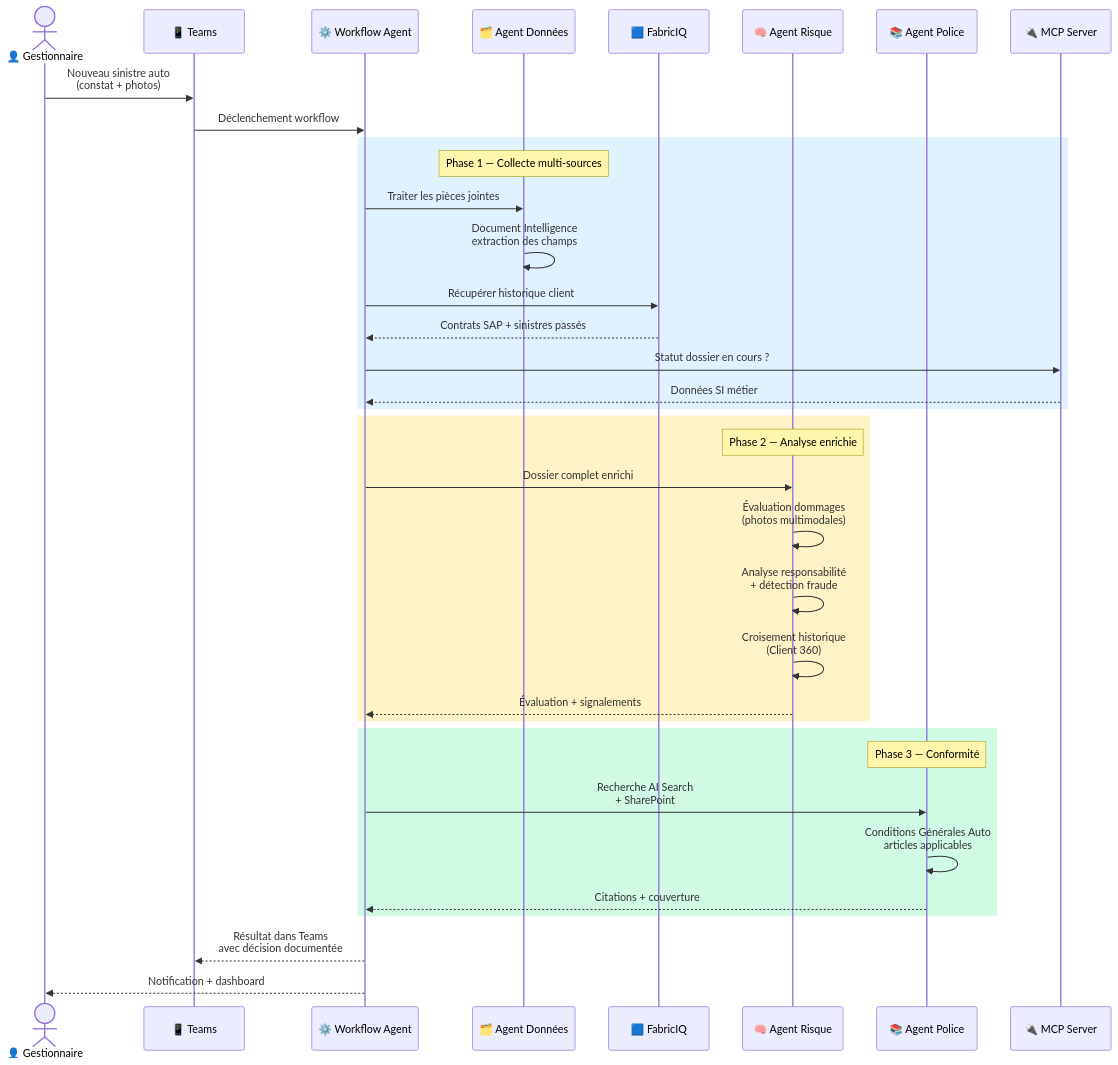
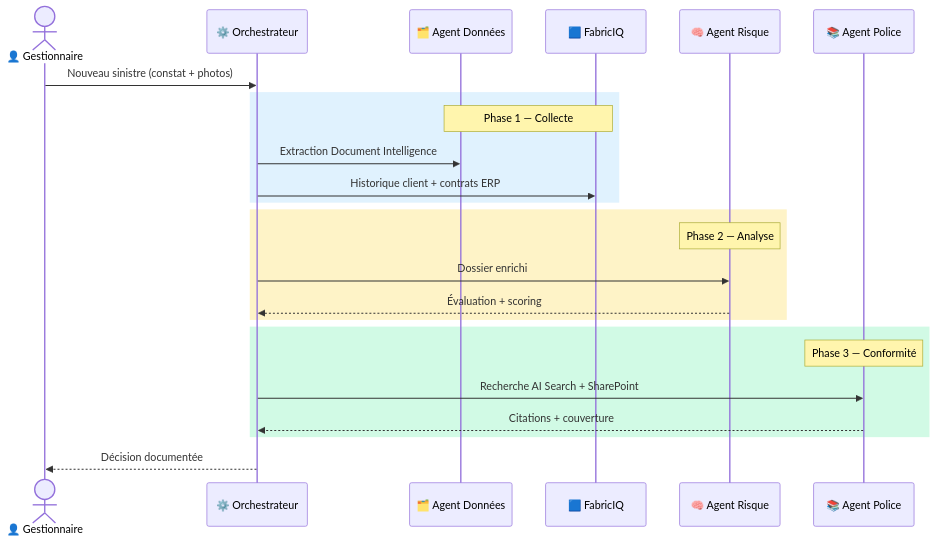
The eighth of 20 diagrams in docs/ARCHITECTURE-AGENTIC-V2-TARGET.md (olivMertens/WorkbenchIQ), drawn with Mermaid before and after one commit. The commit also changed other lines of this file and 6 other files, not shown here.

First line of the commit message:
Architecture docs: hybrid strategy, HITL, FAQ data locality, pipeline detail, PDF generator

````diff
--- a/docs/ARCHITECTURE-AGENTIC-V2-TARGET.md
+++ b/docs/ARCHITECTURE-AGENTIC-V2-TARGET.md
@@ -473,43 +324,27 @@
 ```mermaid
 sequenceDiagram
     actor G as 👤 Gestionnaire
-    participant TEAMS as 📱 Teams
-    participant ORCH as ⚙️ Workflow Agent
+    participant ORCH as ⚙️ Orchestrateur
     participant DA as 🗂️ Agent Données
     participant FIQ as 🟦 FabricIQ
     participant AR as 🧠 Agent Risque
     participant AP as 📚 Agent Police
-    participant MCP as 🔌 MCP Server
 
-    G->>TEAMS: Nouveau sinistre auto<br/>(constat + photos)
-    TEAMS->>ORCH: Déclenchement workflow
-
+    G->>ORCH: Nouveau sinistre (constat + photos)
     rect rgb(224, 242, 254)
-        Note over DA: Phase 1 — Collecte multi-sources
-        ORCH->>DA: Traiter les pièces jointes
-        DA->>DA: Document Intelligence<br/>extraction des champs
-        ORCH->>FIQ: Récupérer historique client
-        FIQ-->>ORCH: Contrats SAP + sinistres passés
-        ORCH->>MCP: Statut dossier en cours ?
-        MCP-->>ORCH: Données SI métier
+        Note over DA,FIQ: Phase 1 — Collecte
+        ORCH->>DA: Extraction Document Intelligence
+        ORCH->>FIQ: Historique client + contrats ERP
     end
-
     rect rgb(254, 243, 199)
-        Note over AR: Phase 2 — Analyse enrichie
-        ORCH->>AR: Dossier complet enrichi
-        AR->>AR: Évaluation dommages<br/>(photos multimodales)
-        AR->>AR: Analyse responsabilité<br/>+ détection fraude
-        AR->>AR: Croisement historique<br/>(Client 360)
-        AR-->>ORCH: Évaluation + signalements
+        Note over AR: Phase 2 — Analyse
+        ORCH->>AR: Dossier enrichi
+        AR-->>ORCH: Évaluation + scoring
     end
-
     rect rgb(209, 250, 229)
         Note over AP: Phase 3 — Conformité
-        ORCH->>AP: Recherche AI Search<br/>+ SharePoint
-        AP->>AP: Conditions Générales Auto<br/>articles applicables
+        ORCH->>AP: Recherche AI Search + SharePoint
         AP-->>ORCH: Citations + couverture
     end
-
-    ORCH-->>TEAMS: Résultat dans Teams<br/>avec décision documentée
-    ORCH-->>G: Notification + dashboard
+    ORCH-->>G: Décision documentée
 ```
````
